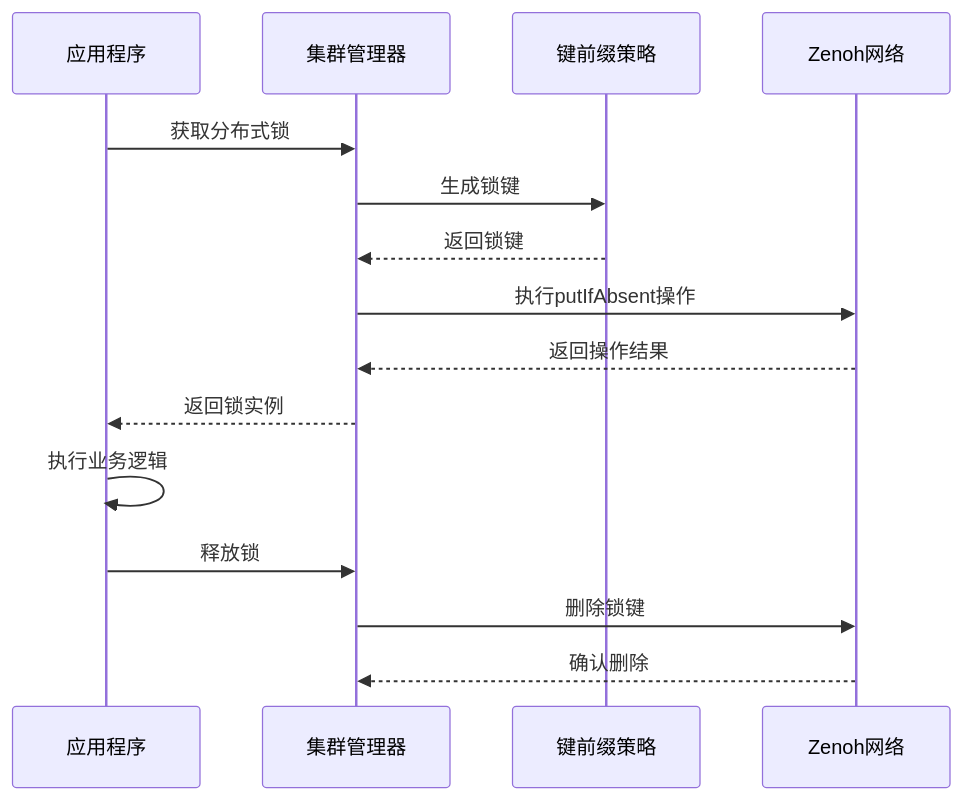
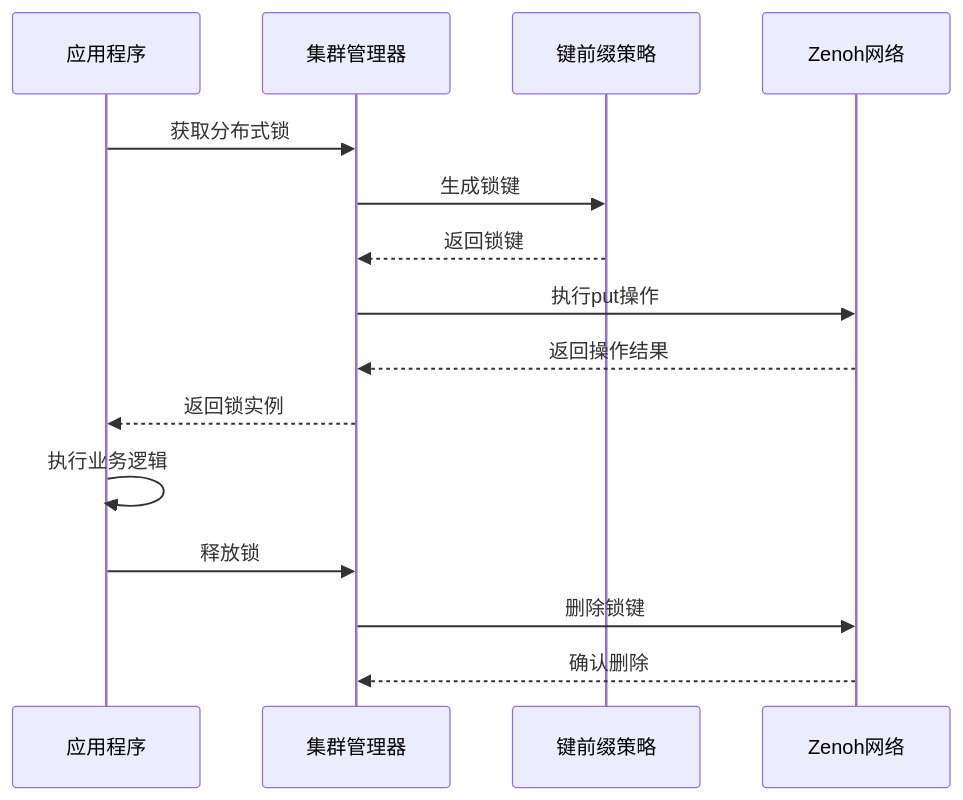
One commit to ossworker/vertx-starter changed the third of 19 diagrams in .qoder/repowiki/zh/content/分布式功能实现.md. Above: the diagram before and after it, drawn with Mermaid. The commit also changed other lines of this file and 7 other files, not shown here.

````diff
--- a/.qoder/repowiki/zh/content/分布式功能实现.md
+++ b/.qoder/repowiki/zh/content/分布式功能实现.md
@@ -143,17 +183,17 @@
 ```mermaid
 sequenceDiagram
 participant APP as 应用程序
 participant CM as 集群管理器
 participant KPS as 键前缀策略
 participant Z as Zenoh网络
 APP->>CM : 获取分布式锁
 CM->>KPS : 生成锁键
 KPS-->>CM : 返回锁键
-CM->>Z : 执行putIfAbsent操作
+CM->>Z : 执行put操作
 Z-->>CM : 返回操作结果
 CM-->>APP : 返回锁实例
 APP->>APP : 执行业务逻辑
 APP->>CM : 释放锁
 CM->>Z : 删除锁键
 Z-->>CM : 确认删除
 ```
````
